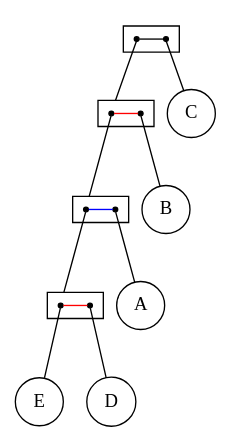
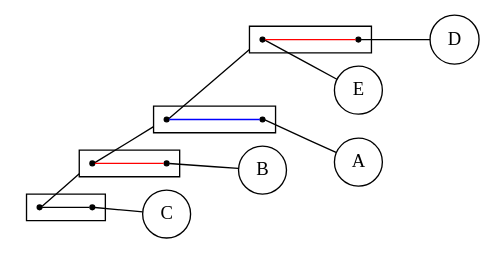
Before and after one commit to lrodrin/TFG: the diagram in src/final/Structure.dot, drawn with Graphviz. The commit also changed 13 other files, not shown here.

```diff
--- a/src/final/Structure.dot
+++ b/src/final/Structure.dot
@@ -1,58 +1,40 @@
-digraph G {
+digraph Structure {
 compound=true;
 fontname=Verdana;
 fontsize=12;
-C [shape=circle];
-B [shape=circle];
-A [shape=circle];
-E [shape=circle];
-D [shape=circle];
-subgraph cluster_DCBAE {
-s_EDAB [label=" ", fixedsize=true, shape=point];
-s_C [label=" ", fixedsize=true, shape=point];
-subgraph  {
-rank=same;
-s_EDAB -> s_C  [arrowhead=none, color=black];
+rankdir=LR;
+node [shape=circle];
+A;
+B;
+D;
+E;
+C;
+subgraph cluster_ED {
+node [shape=point];
+s_E -> s_D  [arrowhead=none, color=red];
 }
 
-}
-
-subgraph cluster_EDAB {
-s_EDA [label=" ", fixedsize=true, shape=point];
-s_B [label=" ", fixedsize=true, shape=point];
-subgraph  {
-rank=same;
-s_EDA -> s_B  [arrowhead=none, color=red];
-}
-
-}
-
-subgraph cluster_EDA {
-s_ED [label=" ", fixedsize=true, shape=point];
-s_A [label=" ", fixedsize=true, shape=point];
-subgraph  {
-rank=same;
+subgraph cluster_EAD {
+node [shape=point];
 s_ED -> s_A  [arrowhead=none, color=blue];
 }
 
+subgraph cluster_EBAD {
+node [shape=point];
+s_EAD -> s_B  [arrowhead=none, color=red];
 }
 
-subgraph cluster_ED {
-s_E [label=" ", fixedsize=true, shape=point];
-s_D [label=" ", fixedsize=true, shape=point];
-subgraph  {
-rank=same;
-s_E -> s_D  [arrowhead=none, color=red];
+subgraph cluster_BCEDA {
+node [shape=point];
+s_EBAD -> s_C  [arrowhead=none, color=black];
 }
 
-}
-
+s_A -> A  [arrowhead=none];
+s_B -> B  [arrowhead=none];
+s_D -> D  [arrowhead=none];
+s_E -> E  [arrowhead=none];
 s_C -> C  [arrowhead=none];
-s_B -> B  [arrowhead=none];
-s_A -> A  [arrowhead=none];
-s_E -> E  [arrowhead=none];
-s_D -> D  [arrowhead=none];
-s_EDAB -> s_EDA  [arrowhead=none, lhead=cluster_EDAB];
-s_EDA -> s_ED  [arrowhead=none, lhead=cluster_EDA];
+s_EBAD -> s_EAD  [arrowhead=none, lhead=cluster_EBAD];
+s_EAD -> s_ED  [arrowhead=none, lhead=cluster_EAD];
 s_ED -> s_E  [arrowhead=none, lhead=cluster_ED];
 }
```
